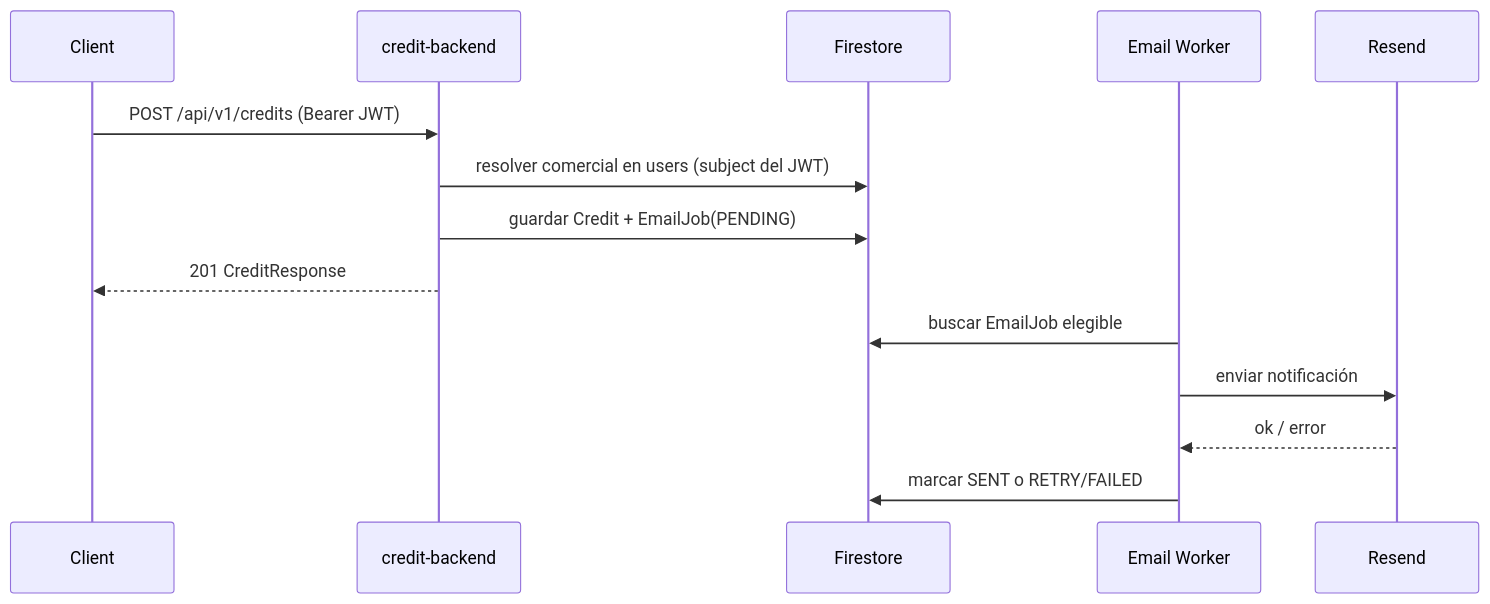
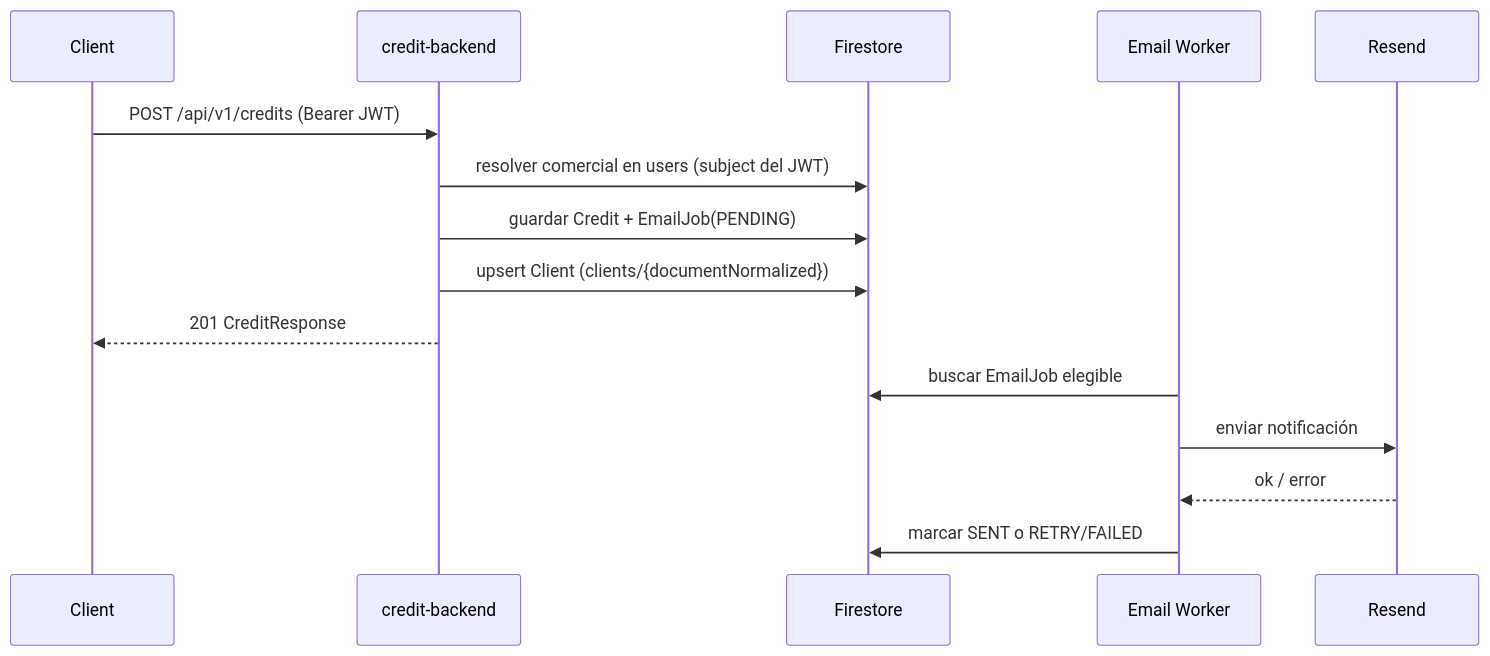
The third of 4 diagrams in README.md (CarlosPolo019/credit-backend), drawn with Mermaid before and after one commit. The commit also changed other lines of this file, not shown here.

Commit message:
docs: show the client sync step in the credit registration diagram

````diff
--- a/README.md
+++ b/README.md
@@ -68,16 +68,17 @@
 ```mermaid
 sequenceDiagram
   participant Client
   participant API as credit-backend
   participant DB as Firestore
   participant Worker as Email Worker
   participant Resend
   Client->>API: POST /api/v1/credits (Bearer JWT)
   API->>DB: resolver comercial en users (subject del JWT)
   API->>DB: guardar Credit + EmailJob(PENDING)
+  API->>DB: upsert Client (clients/{documentNormalized})
   API-->>Client: 201 CreditResponse
   Worker->>DB: buscar EmailJob elegible
   Worker->>Resend: enviar notificación
   Resend-->>Worker: ok / error
   Worker->>DB: marcar SENT o RETRY/FAILED
 ```
````
